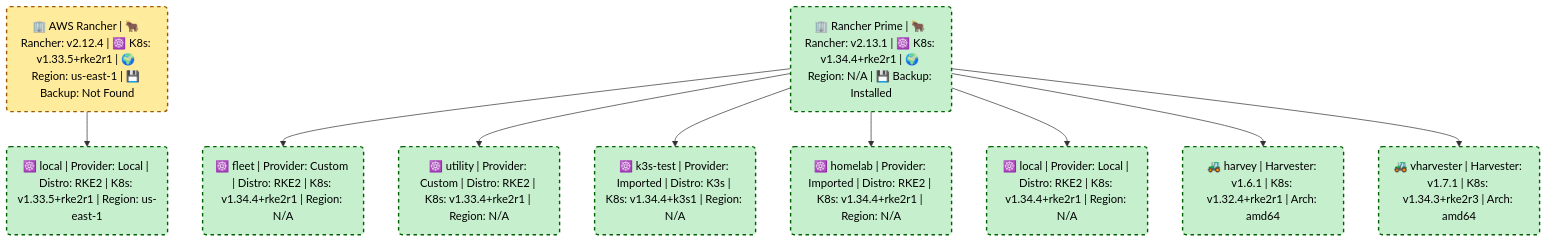
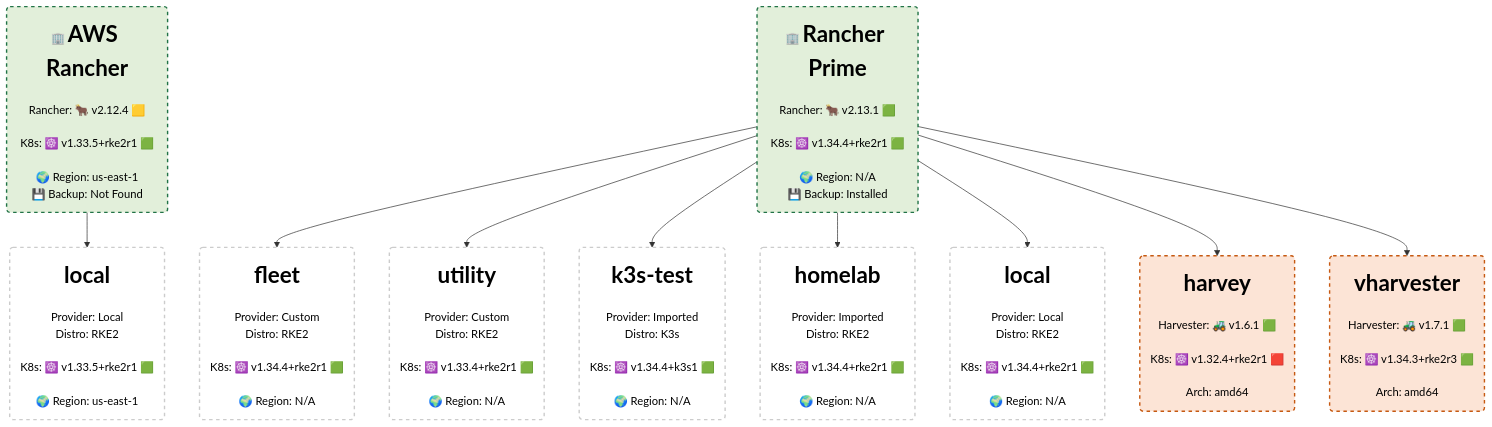
One commit to harrisonbc/rancher-audit changed the diagram in rancher_architecture.md. Above: the diagram before and after it, drawn with Mermaid. The commit also changed 1 other file, not shown here.

Commit message:
Add dynamic diagram

````diff
--- a/rancher_architecture.md
+++ b/rancher_architecture.md
@@ -1,35 +1,35 @@
 ```mermaid
 flowchart TD
     %% Rancher Architecture Topology
 
-    SERVER_0("🏢 AWS Rancher | 🐂 Rancher: v2.12.4 | ☸️ K8s: v1.33.5+rke2r1 | 🌍 Region: us-east-1 | 💾 Backup: Not Found")
-    style SERVER_0 fill:#FFEB9C,stroke:#9C5700,stroke-width:2px,stroke-dasharray: 5 5,color:#000
-    SERVER_1("🏢 Rancher Prime | 🐂 Rancher: v2.13.1 | ☸️ K8s: v1.34.4+rke2r1 | 🌍 Region: N/A | 💾 Backup: Installed")
-    style SERVER_1 fill:#C6EFCE,stroke:#006100,stroke-width:2px,stroke-dasharray: 5 5,color:#000
+    SERVER_0("🏢 <b style='font-size: 2em;'>AWS Rancher</b><br><br>Rancher: 🐂 v2.12.4 🟨<br><br>K8s: ☸️ v1.33.5+rke2r1 🟩<br><br>🌍 Region: us-east-1<br>💾 Backup: Not Found")
+    style SERVER_0 fill:#e2efda,stroke:#217346,stroke-width:2px,stroke-dasharray: 5 5,color:#000000
+    SERVER_1("🏢 <b style='font-size: 2em;'>Rancher Prime</b><br><br>Rancher: 🐂 v2.13.1 🟩<br><br>K8s: ☸️ v1.34.4+rke2r1 🟩<br><br>🌍 Region: N/A<br>💾 Backup: Installed")
+    style SERVER_1 fill:#e2efda,stroke:#217346,stroke-width:2px,stroke-dasharray: 5 5,color:#000000
 
-    DS_0("☸️ local | Provider: Local | Distro: RKE2 | K8s: v1.33.5+rke2r1 | Region: us-east-1")
-    style DS_0 fill:#C6EFCE,stroke:#006100,stroke-width:2px,stroke-dasharray: 5 5,color:#000
+    DS_0("<b style='font-size: 2em;'>local</b><br><br>Provider: Local<br>Distro: RKE2<br><br>K8s: ☸️ v1.33.5+rke2r1 🟩<br><br>🌍 Region: us-east-1")
+    style DS_0 fill:#ffffff,stroke:#cccccc,stroke-width:2px,stroke-dasharray: 5 5,color:#000000
     SERVER_0 --> DS_0
-    DS_1("☸️ fleet | Provider: Custom | Distro: RKE2 | K8s: v1.34.4+rke2r1 | Region: N/A")
-    style DS_1 fill:#C6EFCE,stroke:#006100,stroke-width:2px,stroke-dasharray: 5 5,color:#000
+    DS_1("<b style='font-size: 2em;'>fleet</b><br><br>Provider: Custom<br>Distro: RKE2<br><br>K8s: ☸️ v1.34.4+rke2r1 🟩<br><br>🌍 Region: N/A")
+    style DS_1 fill:#ffffff,stroke:#cccccc,stroke-width:2px,stroke-dasharray: 5 5,color:#000000
     SERVER_1 --> DS_1
-    DS_2("☸️ utility | Provider: Custom | Distro: RKE2 | K8s: v1.33.4+rke2r1 | Region: N/A")
-    style DS_2 fill:#C6EFCE,stroke:#006100,stroke-width:2px,stroke-dasharray: 5 5,color:#000
+    DS_2("<b style='font-size: 2em;'>utility</b><br><br>Provider: Custom<br>Distro: RKE2<br><br>K8s: ☸️ v1.33.4+rke2r1 🟩<br><br>🌍 Region: N/A")
+    style DS_2 fill:#ffffff,stroke:#cccccc,stroke-width:2px,stroke-dasharray: 5 5,color:#000000
     SERVER_1 --> DS_2
-    DS_3("☸️ k3s-test | Provider: Imported | Distro: K3s | K8s: v1.34.4+k3s1 | Region: N/A")
-    style DS_3 fill:#C6EFCE,stroke:#006100,stroke-width:2px,stroke-dasharray: 5 5,color:#000
+    DS_3("<b style='font-size: 2em;'>k3s-test</b><br><br>Provider: Imported<br>Distro: K3s<br><br>K8s: ☸️ v1.34.4+k3s1 🟩<br><br>🌍 Region: N/A")
+    style DS_3 fill:#ffffff,stroke:#cccccc,stroke-width:2px,stroke-dasharray: 5 5,color:#000000
     SERVER_1 --> DS_3
-    DS_4("☸️ homelab | Provider: Imported | Distro: RKE2 | K8s: v1.34.4+rke2r1 | Region: N/A")
-    style DS_4 fill:#C6EFCE,stroke:#006100,stroke-width:2px,stroke-dasharray: 5 5,color:#000
+    DS_4("<b style='font-size: 2em;'>homelab</b><br><br>Provider: Imported<br>Distro: RKE2<br><br>K8s: ☸️ v1.34.4+rke2r1 🟩<br><br>🌍 Region: N/A")
+    style DS_4 fill:#ffffff,stroke:#cccccc,stroke-width:2px,stroke-dasharray: 5 5,color:#000000
     SERVER_1 --> DS_4
-    DS_5("☸️ local | Provider: Local | Distro: RKE2 | K8s: v1.34.4+rke2r1 | Region: N/A")
-    style DS_5 fill:#C6EFCE,stroke:#006100,stroke-width:2px,stroke-dasharray: 5 5,color:#000
+    DS_5("<b style='font-size: 2em;'>local</b><br><br>Provider: Local<br>Distro: RKE2<br><br>K8s: ☸️ v1.34.4+rke2r1 🟩<br><br>🌍 Region: N/A")
+    style DS_5 fill:#ffffff,stroke:#cccccc,stroke-width:2px,stroke-dasharray: 5 5,color:#000000
     SERVER_1 --> DS_5
 
-    HV_0("🚜 harvey | Harvester: v1.6.1 | K8s: v1.32.4+rke2r1 | Arch: amd64")
-    style HV_0 fill:#C6EFCE,stroke:#006100,stroke-width:2px,stroke-dasharray: 5 5,color:#000
+    HV_0("<b style='font-size: 2em;'>harvey</b><br><br>Harvester: 🚜 v1.6.1 🟩<br><br>K8s: ☸️ v1.32.4+rke2r1 🟥<br><br>Arch: amd64")
+    style HV_0 fill:#fce4d6,stroke:#c65911,stroke-width:2px,stroke-dasharray: 5 5,color:#000000
     SERVER_1 --> HV_0
-    HV_1("🚜 vharvester | Harvester: v1.7.1 | K8s: v1.34.3+rke2r3 | Arch: amd64")
-    style HV_1 fill:#C6EFCE,stroke:#006100,stroke-width:2px,stroke-dasharray: 5 5,color:#000
+    HV_1("<b style='font-size: 2em;'>vharvester</b><br><br>Harvester: 🚜 v1.7.1 🟩<br><br>K8s: ☸️ v1.34.3+rke2r3 🟩<br><br>Arch: amd64")
+    style HV_1 fill:#fce4d6,stroke:#c65911,stroke-width:2px,stroke-dasharray: 5 5,color:#000000
     SERVER_1 --> HV_1
 ```
````
